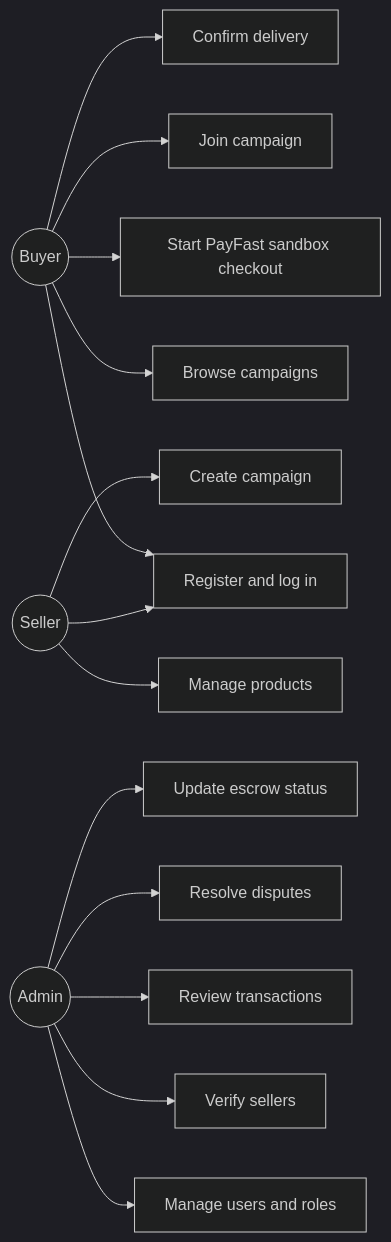
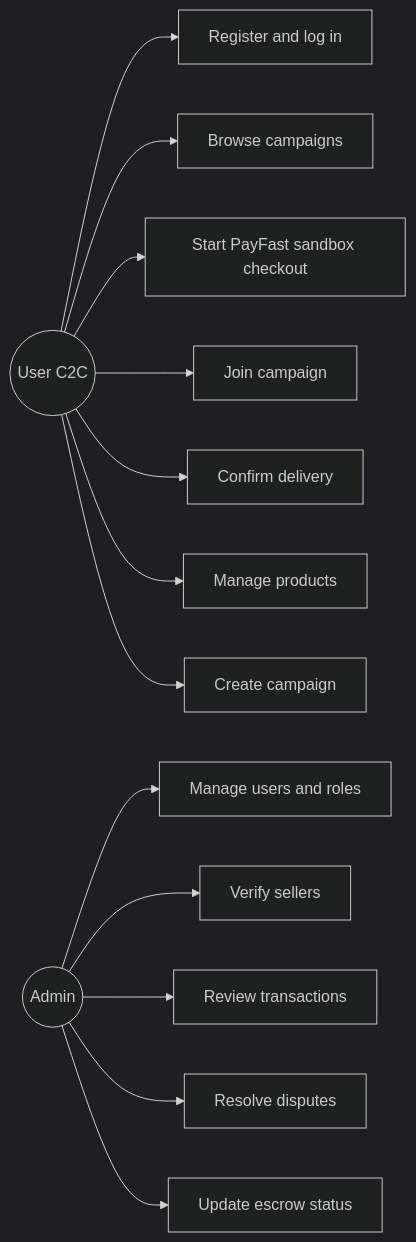
The fourth of 4 diagrams in docs/deliverable2.md (SCARA0429/Sisonke-trade-new), drawn with Mermaid (dark theme) before and after one commit. The commit also changed other lines of this file and 15 other files, not shown here.

````diff
--- a/docs/deliverable2.md
+++ b/docs/deliverable2.md
@@ -274,32 +288,30 @@
 ```mermaid
 flowchart LR
-    Buyer((Buyer))
-    Seller((Seller))
+    User((User C2C))
     Admin((Admin))
     UC1[Register and log in]
     UC2[Browse campaigns]
     UC3[Start PayFast sandbox checkout]
     UC4[Confirm delivery]
     UC5[Manage products]
     UC6[Create campaign]
     UC7[Manage users and roles]
     UC8[Verify sellers]
     UC9[Review transactions]
     UC10[Resolve disputes]
     UC11[Update escrow status]
     UC12[Join campaign]
 
-    Buyer --> UC1
-    Buyer --> UC2
-    Buyer --> UC3
-    Buyer --> UC12
-    Buyer --> UC4
-    Seller --> UC1
-    Seller --> UC5
-    Seller --> UC6
+    User --> UC1
+    User --> UC2
+    User --> UC3
+    User --> UC12
+    User --> UC4
+    User --> UC5
+    User --> UC6
     Admin --> UC7
     Admin --> UC8
     Admin --> UC9
     Admin --> UC10
     Admin --> UC11
 ```
````
